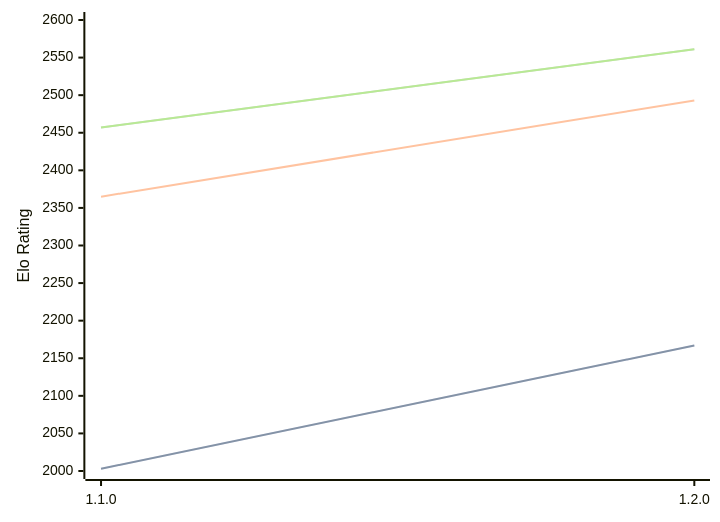
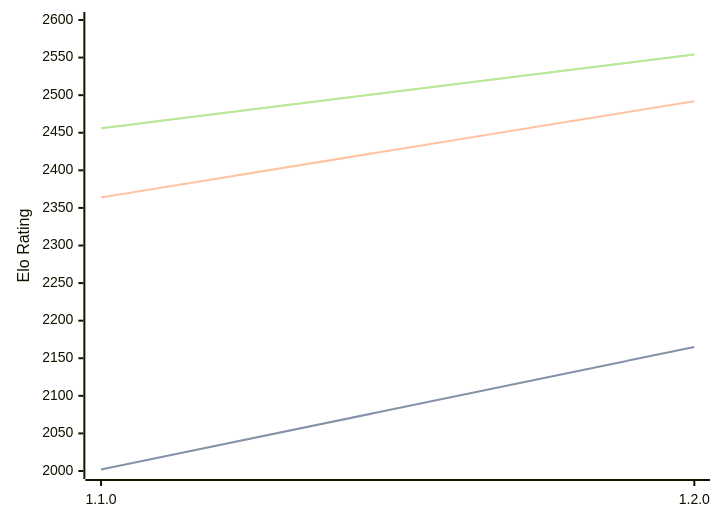
The diagram in engines/Gyatso.md (computer-chess-index/cci), drawn with Mermaid before and after one commit. The commit also changed other lines of this file, not shown here.

Commit message:
Update CCI Ratings (ELO VLTC) - 2026-03-07

````diff
--- a/engines/Gyatso.md
+++ b/engines/Gyatso.md
@@ -31,11 +31,11 @@
 ```mermaid
 %%{init: {"theme":"base","themeVariables":{"seriesColors:['#a3a3a3','#222221','#faa371']}}}%%
 xychart-beta
   x-axis ["1.1.0", "1.2.0"]
   y-axis "Elo Rating" 2000 --> 2600
-  line "STC (8.0+0.08s)" [2003, 2167]
-  line "STC (8.0+0.08s)" [2003, 2167]
-  line "LTC (60.0+0.60s)" [2365, 2493]
-  line "VLTC (2m24s+1.12s)" [2457, 2561]
-  line "VLTC (2m24s+1.12s)" [2457, 2561]
+  line "STC (8.0+0.08s)" [2002, 2165]
+  line "STC (8.0+0.08s)" [2002, 2165]
+  line "LTC (60.0+0.60s)" [2364, 2492]
+  line "VLTC (2m24s+1.12s)" [2456, 2554]
+  line "VLTC (2m24s+1.12s)" [2456, 2554]
 ```
````
